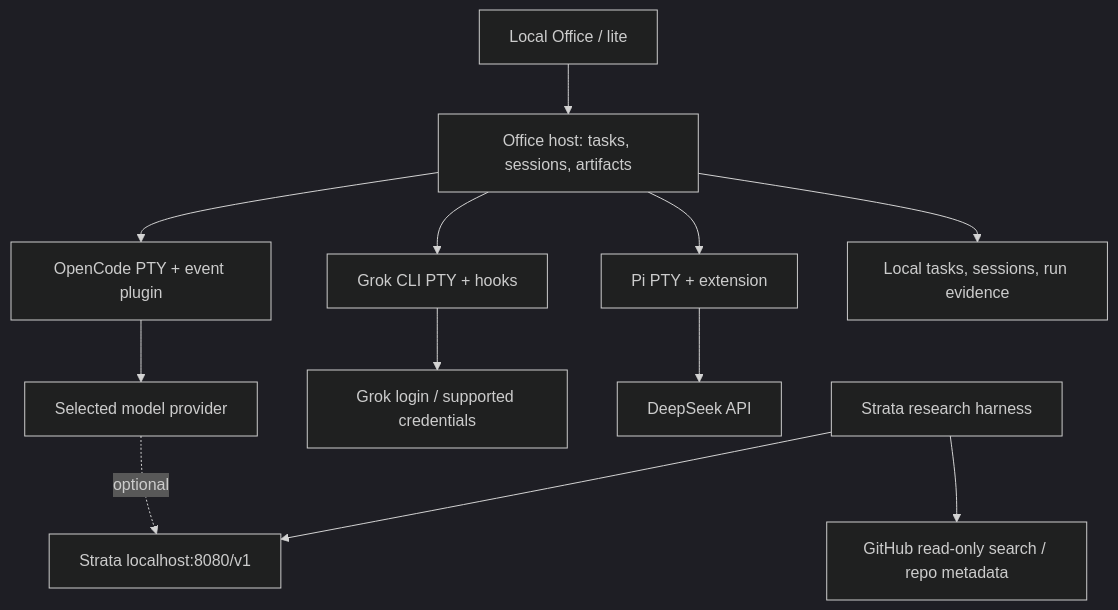
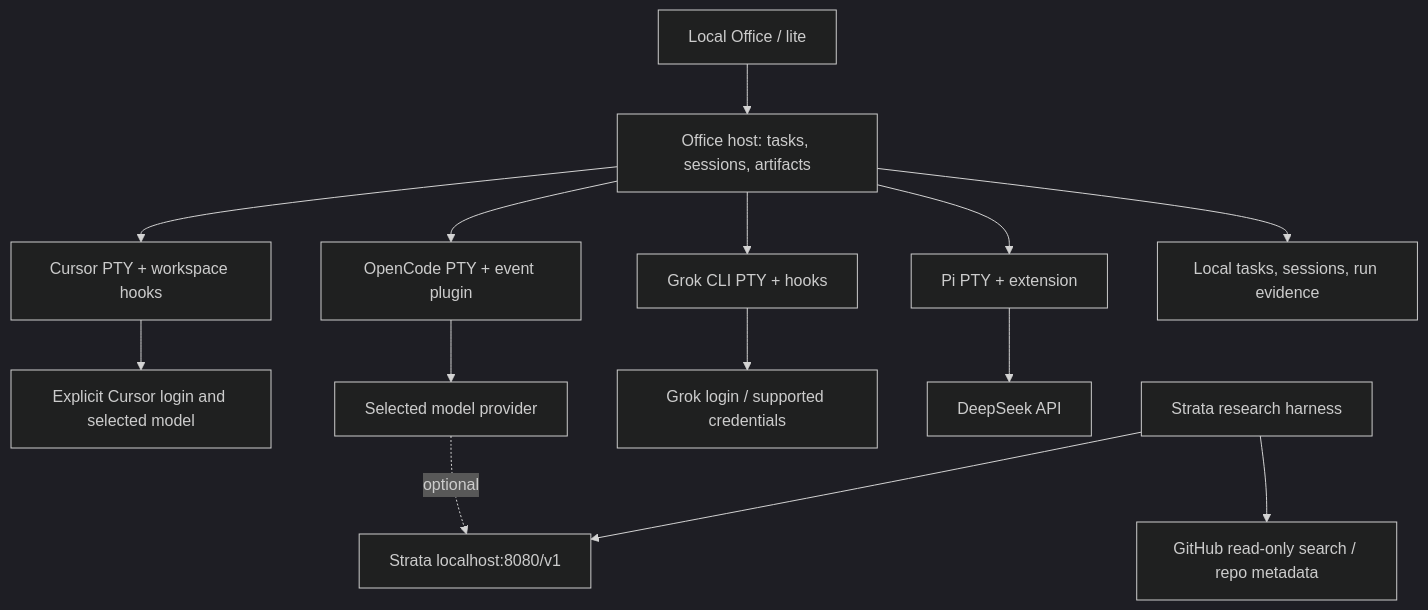
The diagram in labs/agent-office-lab/docs/SDD.md (fallrising/newclear), drawn with Mermaid (dark theme) before and after one commit. The commit also changed other lines of this file and 19 other files, not shown here.

````diff
--- a/labs/agent-office-lab/docs/SDD.md
+++ b/labs/agent-office-lab/docs/SDD.md
@@ -39,14 +41,16 @@
 ```mermaid
 flowchart TD
     UI[Local Office / lite] --> Host[Office host: tasks, sessions, artifacts]
     Host --> OC[OpenCode PTY + event plugin]
     Host --> GK[Grok CLI PTY + hooks]
     Host --> PI[Pi PTY + extension]
+    Host --> CU[Cursor PTY + workspace hooks]
+    CU --> Cursor[Explicit Cursor login and selected model]
     OC --> Model[Selected model provider]
     Model -. optional .-> Strata[Strata localhost:8080/v1]
     GK --> XAI[Grok login / supported credentials]
     PI --> DS[DeepSeek API]
     Host --> Store[Local tasks, sessions, run evidence]
     Harness[Strata research harness] --> Strata
     Harness --> GH[GitHub read-only search / repo metadata]
 ```
````
